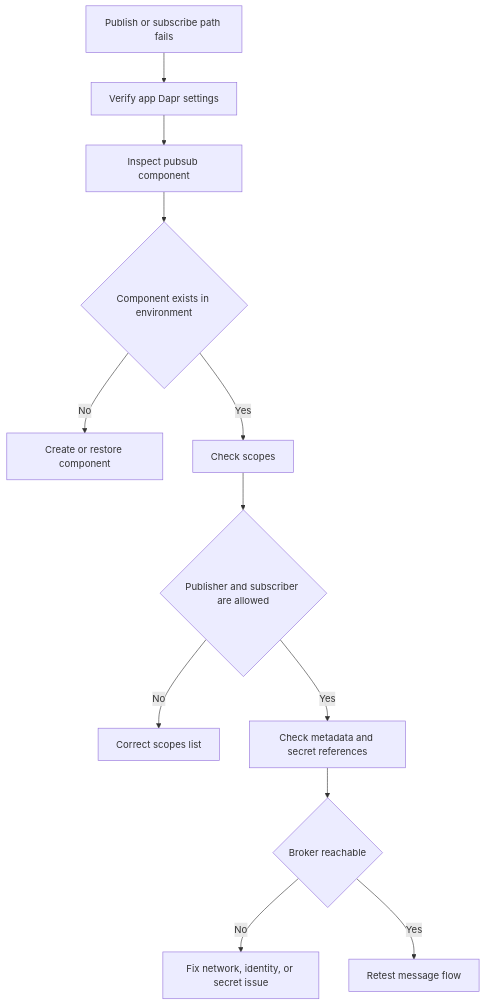
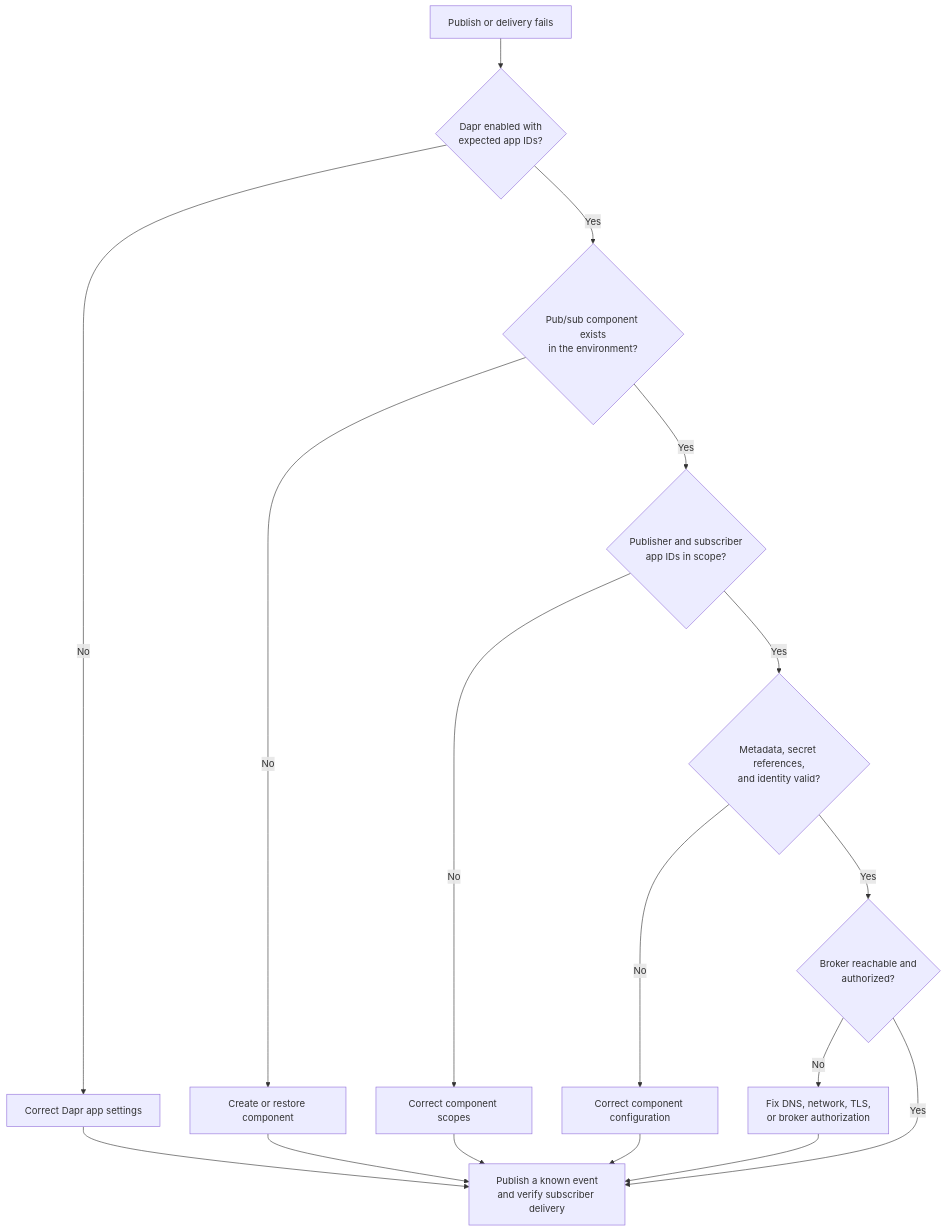
Before and after one commit to yeongseon/azure-container-apps-practical-guide: the diagram in docs/troubleshooting/playbooks/platform-features/dapr-pubsub-failure.md, drawn with Mermaid. The commit also changed other lines of this file and 28 other files, not shown here.

Commit message:
docs(diagrams): migrate playbook diagnostic flows (#627)

````diff
--- a/docs/troubleshooting/playbooks/platform-features/dapr-pubsub-failure.md
+++ b/docs/troubleshooting/playbooks/platform-features/dapr-pubsub-failure.md
@@ -37,14 +37,22 @@
 ```mermaid
 flowchart TD
-    A[Publish or subscribe path fails] --> B[Verify app Dapr settings]
-    B --> C[Inspect pubsub component]
-    C --> D{Component exists in environment}
-    D -->|No| E[Create or restore component]
-    D -->|Yes| F[Check scopes]
-    F --> G{Publisher and subscriber are allowed}
-    G -->|No| H[Correct scopes list]
-    G -->|Yes| I[Check metadata and secret references]
-    I --> J{Broker reachable}
-    J -->|No| K[Fix network, identity, or secret issue]
-    J -->|Yes| L[Retest message flow]
+    accTitle: Diagnose a Dapr pub/sub failure
+    accDescr: Verify Dapr enablement, the environment-level pub/sub component, app-ID scopes, component metadata and credentials, then test broker transport and end-to-end publish and delivery.
+
+    START[Publish or delivery fails] --> ENABLED{Dapr enabled with<br/>expected app IDs?}
+    ENABLED -->|No| APP[Correct Dapr app settings]
+    ENABLED -->|Yes| EXISTS{Pub/sub component exists<br/>in the environment?}
+    EXISTS -->|No| RESTORE[Create or restore component]
+    EXISTS -->|Yes| SCOPED{Publisher and subscriber<br/>app IDs in scope?}
+    SCOPED -->|No| SCOPE[Correct component scopes]
+    SCOPED -->|Yes| CONFIG{Metadata, secret references,<br/>and identity valid?}
+    CONFIG -->|No| CREDENTIALS[Correct component configuration]
+    CONFIG -->|Yes| BROKER{Broker reachable and<br/>authorized?}
+    BROKER -->|No| PATH[Fix DNS, network, TLS,<br/>or broker authorization]
+    BROKER -->|Yes| TEST[Publish a known event<br/>and verify subscriber delivery]
+    APP --> TEST
+    RESTORE --> TEST
+    SCOPE --> TEST
+    CREDENTIALS --> TEST
+    PATH --> TEST
 ```
````
